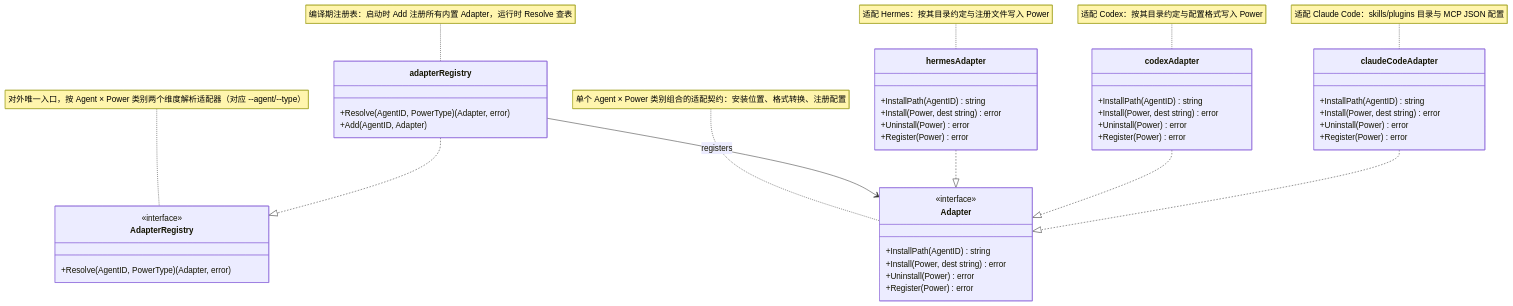
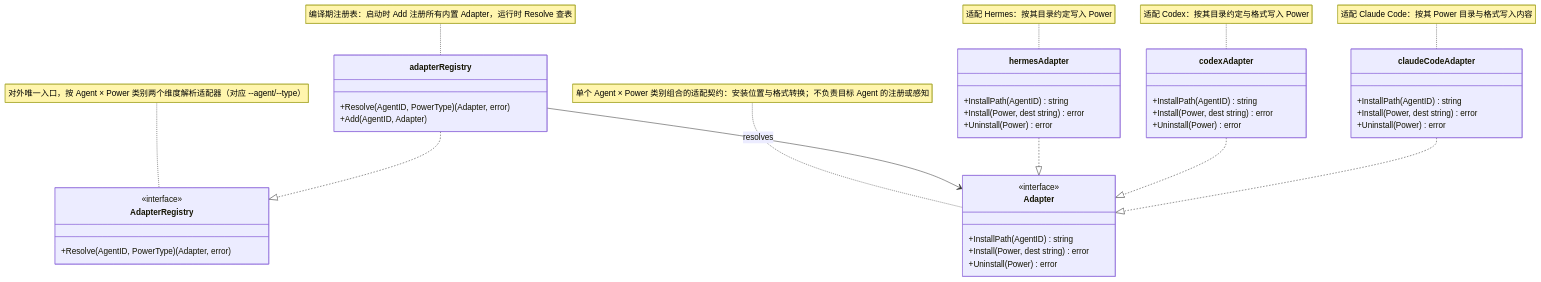
The diagram in ivory-tower/c4/components/apm-cli-diagrams/adapter-registry.mmd (spacemit-com/agent-power-manager), drawn with Mermaid before and after one commit. The commit also changed 7 other files, not shown here.

```diff
--- a/ivory-tower/c4/components/apm-cli-diagrams/adapter-registry.mmd
+++ b/ivory-tower/c4/components/apm-cli-diagrams/adapter-registry.mmd
@@ -1,51 +1,47 @@
 classDiagram
     note for AdapterRegistry "对外唯一入口，按 Agent × Power 类别两个维度解析适配器（对应 --agent/--type）"
     class AdapterRegistry {
         <<interface>>
         +Resolve(AgentID, PowerType) (Adapter, error)
     }
 
-    note for Adapter "单个 Agent × Power 类别组合的适配契约：安装位置、格式转换、注册配置"
+    note for Adapter "单个 Agent × Power 类别组合的适配契约：安装位置与格式转换；不负责目标 Agent 的注册或感知"
     class Adapter {
         <<interface>>
         +InstallPath(AgentID) string
         +Install(Power, dest string) error
         +Uninstall(Power) error
-        +Register(Power) error
     }
 
     note for adapterRegistry "编译期注册表：启动时 Add 注册所有内置 Adapter，运行时 Resolve 查表"
     class adapterRegistry {
         +Resolve(AgentID, PowerType) (Adapter, error)
         +Add(AgentID, Adapter)
     }
 
-    note for hermesAdapter "适配 Hermes：按其目录约定与注册文件写入 Power"
+    note for hermesAdapter "适配 Hermes：按其目录约定写入 Power"
     class hermesAdapter {
         +InstallPath(AgentID) string
         +Install(Power, dest string) error
         +Uninstall(Power) error
-        +Register(Power) error
     }
 
-    note for codexAdapter "适配 Codex：按其目录约定与配置格式写入 Power"
+    note for codexAdapter "适配 Codex：按其目录约定与格式写入 Power"
     class codexAdapter {
         +InstallPath(AgentID) string
         +Install(Power, dest string) error
         +Uninstall(Power) error
-        +Register(Power) error
     }
 
-    note for claudeCodeAdapter "适配 Claude Code：skills/plugins 目录与 MCP JSON 配置"
+    note for claudeCodeAdapter "适配 Claude Code：按其 Power 目录与格式写入内容"
     class claudeCodeAdapter {
         +InstallPath(AgentID) string
         +Install(Power, dest string) error
         +Uninstall(Power) error
-        +Register(Power) error
     }
 
     adapterRegistry ..|> AdapterRegistry
-    adapterRegistry --> Adapter : registers
+    adapterRegistry --> Adapter : resolves
     hermesAdapter ..|> Adapter
     codexAdapter ..|> Adapter
     claudeCodeAdapter ..|> Adapter
```
